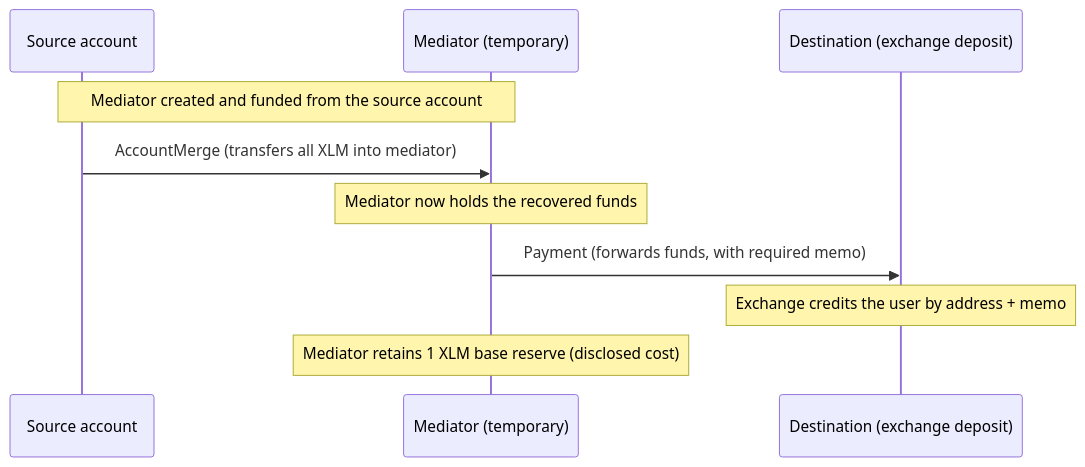
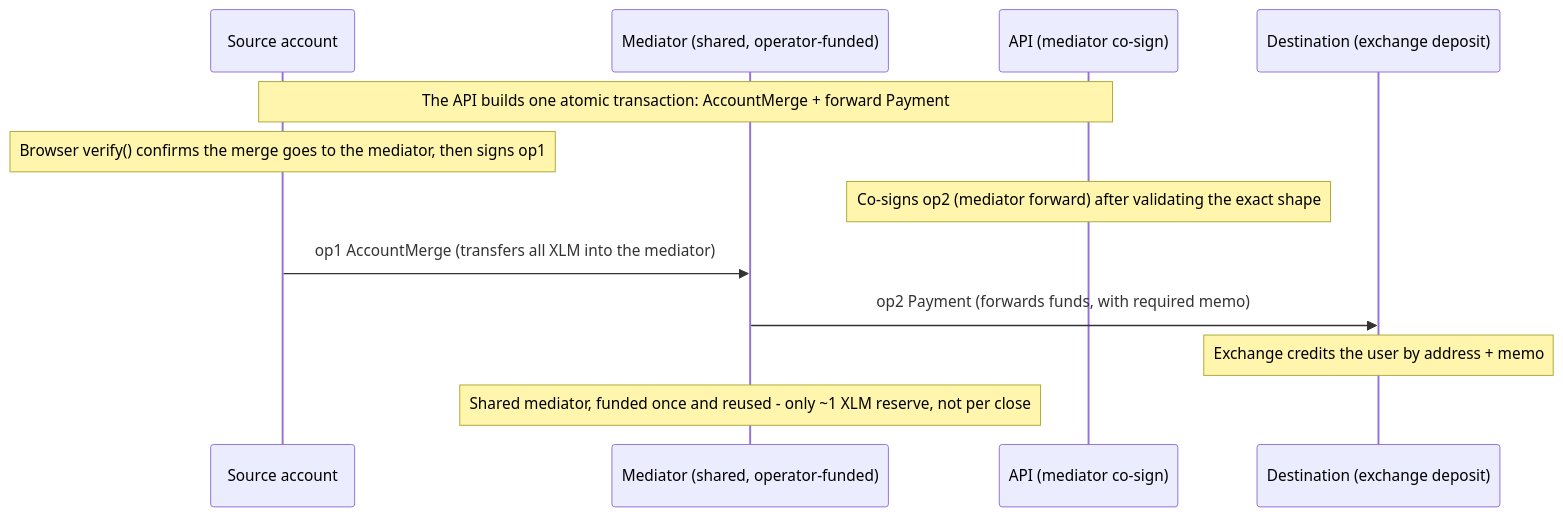
One commit to LumenWipe/lumenwipe changed the diagram in docs/diagrams/09-mediator-flow.mmd. Above: the diagram before and after it, drawn with Mermaid. The commit also changed 22 other files, not shown here.

First line of the commit message:
docs: update architecture.md, CLAUDE.md, diagrams, and README for the monorepo/API-first split (#51) (#83)

```diff
--- a/docs/diagrams/09-mediator-flow.mmd
+++ b/docs/diagrams/09-mediator-flow.mmd
@@ -1,11 +1,13 @@
 sequenceDiagram
     participant S as Source account
-    participant M as Mediator (temporary)
+    participant M as Mediator (shared, operator-funded)
+    participant API as API (mediator co-sign)
     participant D as Destination (exchange deposit)
 
-    Note over S,M: Mediator created and funded from the source account
-    S->>M: AccountMerge (transfers all XLM into mediator)
-    Note over M: Mediator now holds the recovered funds
-    M->>D: Payment (forwards funds, with required memo)
+    Note over S,API: The API builds one atomic transaction: AccountMerge + forward Payment
+    Note over S: Browser verify() confirms the merge goes to the mediator, then signs op1
+    Note over API: Co-signs op2 (mediator forward) after validating the exact shape
+    S->>M: op1 AccountMerge (transfers all XLM into the mediator)
+    M->>D: op2 Payment (forwards funds, with required memo)
     Note over D: Exchange credits the user by address + memo
-    Note over M: Mediator retains 1 XLM base reserve (disclosed cost)
+    Note over M: Shared mediator, funded once and reused - only ~1 XLM reserve, not per close
```
